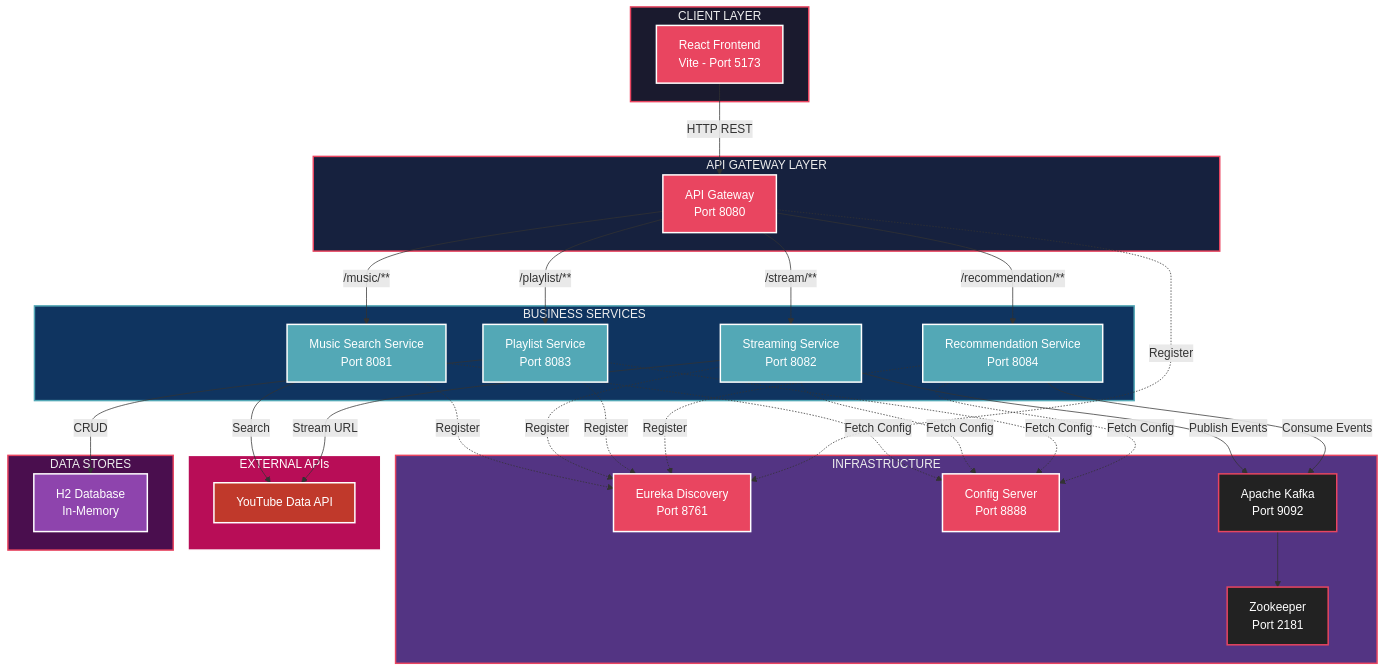
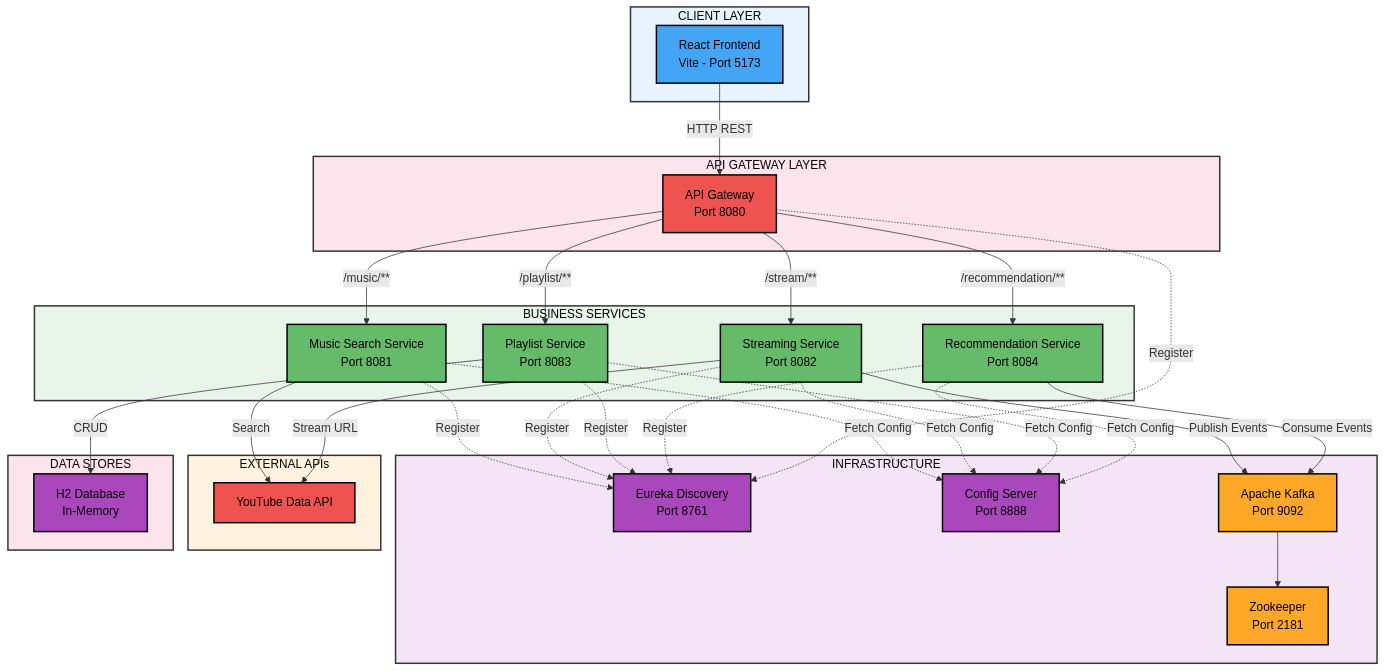
Before and after one commit to Ankit-Jaipuriar/Harmony-Music-Streaming-Platform: the first of 2 diagrams in README.md, drawn with Mermaid. The commit also changed other lines of this file, not shown here.

````diff
--- a/README.md
+++ b/README.md
@@ -49,76 +49,76 @@
 ```mermaid
 graph TB
     subgraph CLIENT["CLIENT LAYER"]
         FE["React Frontend\n Vite - Port 5173"]
     end
 
     subgraph GATEWAY["API GATEWAY LAYER"]
         GW["API Gateway\n Port 8080"]
     end
 
     subgraph INFRA["INFRASTRUCTURE"]
         EUR["Eureka Discovery\n Port 8761"]
         CFG["Config Server\n Port 8888"]
         KFK["Apache Kafka\n Port 9092"]
         ZK["Zookeeper\n Port 2181"]
     end
 
     subgraph SERVICES["BUSINESS SERVICES"]
         MS["Music Search Service\n Port 8081"]
         SS["Streaming Service\n Port 8082"]
         PS["Playlist Service\n Port 8083"]
         RS["Recommendation Service\n Port 8084"]
     end
 
     subgraph EXTERNAL["EXTERNAL APIs"]
         YT["YouTube Data API"]
     end
 
     subgraph DATA["DATA STORES"]
         H2["H2 Database\n In-Memory"]
     end
 
     FE -->|"HTTP REST"| GW
     GW -->|"/music/**"| MS
     GW -->|"/stream/**"| SS
     GW -->|"/playlist/**"| PS
     GW -->|"/recommendation/**"| RS
 
     MS -->|"Search"| YT
     SS -->|"Stream URL"| YT
     SS -->|"Publish Events"| KFK
     RS -->|"Consume Events"| KFK
     PS -->|"CRUD"| H2
     KFK --> ZK
 
     MS -.->|"Register"| EUR
     SS -.->|"Register"| EUR
     PS -.->|"Register"| EUR
     RS -.->|"Register"| EUR
     GW -.->|"Register"| EUR
 
     MS -.->|"Fetch Config"| CFG
     SS -.->|"Fetch Config"| CFG
     PS -.->|"Fetch Config"| CFG
     RS -.->|"Fetch Config"| CFG
 
-    style CLIENT fill:#1a1a2e,stroke:#e94560,stroke-width:2px,color:#eee
-    style GATEWAY fill:#16213e,stroke:#e94560,stroke-width:2px,color:#eee
-    style SERVICES fill:#0f3460,stroke:#53a8b6,stroke-width:2px,color:#eee
-    style INFRA fill:#533483,stroke:#e94560,stroke-width:2px,color:#eee
-    style EXTERNAL fill:#b80d57,stroke:#fff,stroke-width:2px,color:#fff
-    style DATA fill:#4a0e4e,stroke:#e94560,stroke-width:2px,color:#eee
+    style CLIENT fill:#e8f4fd,stroke:#333,stroke-width:2px,color:#000
+    style GATEWAY fill:#fce4ec,stroke:#333,stroke-width:2px,color:#000
+    style SERVICES fill:#e8f5e9,stroke:#333,stroke-width:2px,color:#000
+    style INFRA fill:#f3e5f5,stroke:#333,stroke-width:2px,color:#000
+    style EXTERNAL fill:#fff3e0,stroke:#333,stroke-width:2px,color:#000
+    style DATA fill:#fce4ec,stroke:#333,stroke-width:2px,color:#000
 
-    style FE fill:#e94560,stroke:#fff,stroke-width:2px,color:#fff
-    style GW fill:#e94560,stroke:#fff,stroke-width:2px,color:#fff
-    style MS fill:#53a8b6,stroke:#fff,stroke-width:2px,color:#fff
-    style SS fill:#53a8b6,stroke:#fff,stroke-width:2px,color:#fff
-    style PS fill:#53a8b6,stroke:#fff,stroke-width:2px,color:#fff
-    style RS fill:#53a8b6,stroke:#fff,stroke-width:2px,color:#fff
-    style EUR fill:#e94560,stroke:#fff,stroke-width:2px,color:#fff
-    style CFG fill:#e94560,stroke:#fff,stroke-width:2px,color:#fff
-    style KFK fill:#222,stroke:#e94560,stroke-width:2px,color:#fff
-    style ZK fill:#222,stroke:#e94560,stroke-width:2px,color:#fff
-    style YT fill:#c0392b,stroke:#fff,stroke-width:2px,color:#fff
-    style H2 fill:#8e44ad,stroke:#fff,stroke-width:2px,color:#fff
+    style FE fill:#42a5f5,stroke:#000,stroke-width:2px,color:#000
+    style GW fill:#ef5350,stroke:#000,stroke-width:2px,color:#000
+    style MS fill:#66bb6a,stroke:#000,stroke-width:2px,color:#000
+    style SS fill:#66bb6a,stroke:#000,stroke-width:2px,color:#000
+    style PS fill:#66bb6a,stroke:#000,stroke-width:2px,color:#000
+    style RS fill:#66bb6a,stroke:#000,stroke-width:2px,color:#000
+    style EUR fill:#ab47bc,stroke:#000,stroke-width:2px,color:#000
+    style CFG fill:#ab47bc,stroke:#000,stroke-width:2px,color:#000
+    style KFK fill:#ffa726,stroke:#000,stroke-width:2px,color:#000
+    style ZK fill:#ffa726,stroke:#000,stroke-width:2px,color:#000
+    style YT fill:#ef5350,stroke:#000,stroke-width:2px,color:#000
+    style H2 fill:#ab47bc,stroke:#000,stroke-width:2px,color:#000
 ```
````
